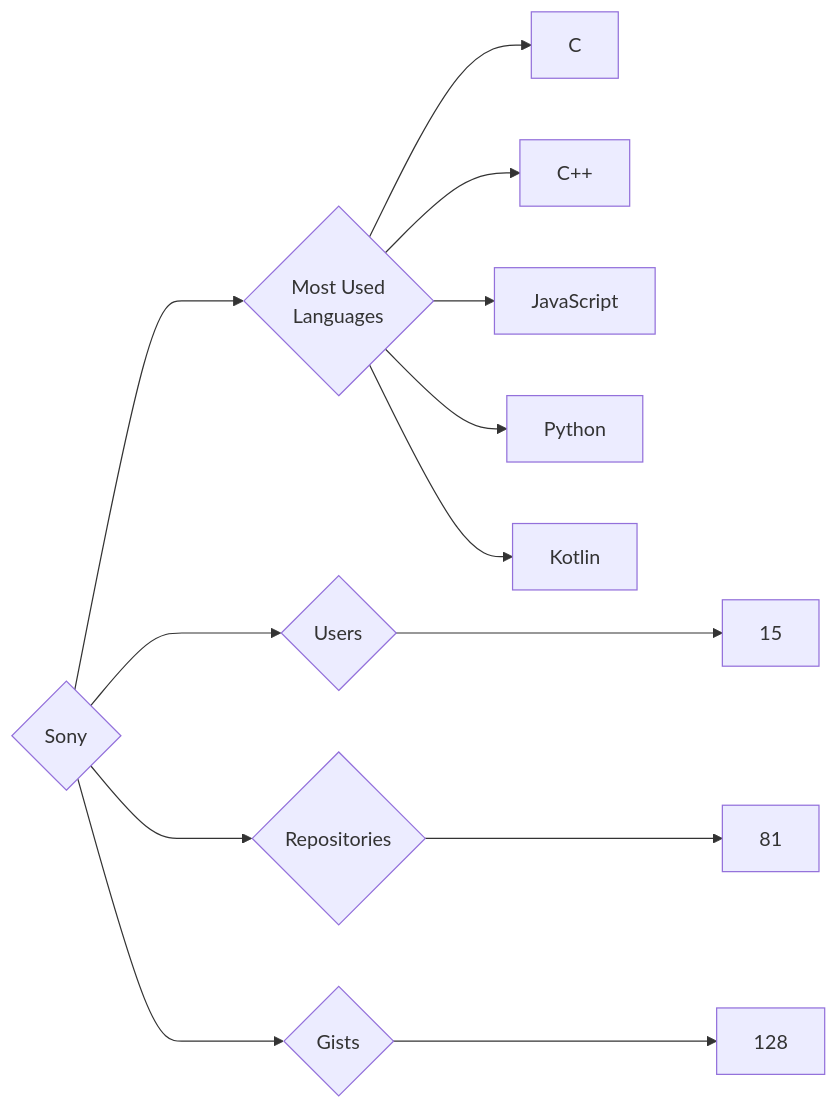
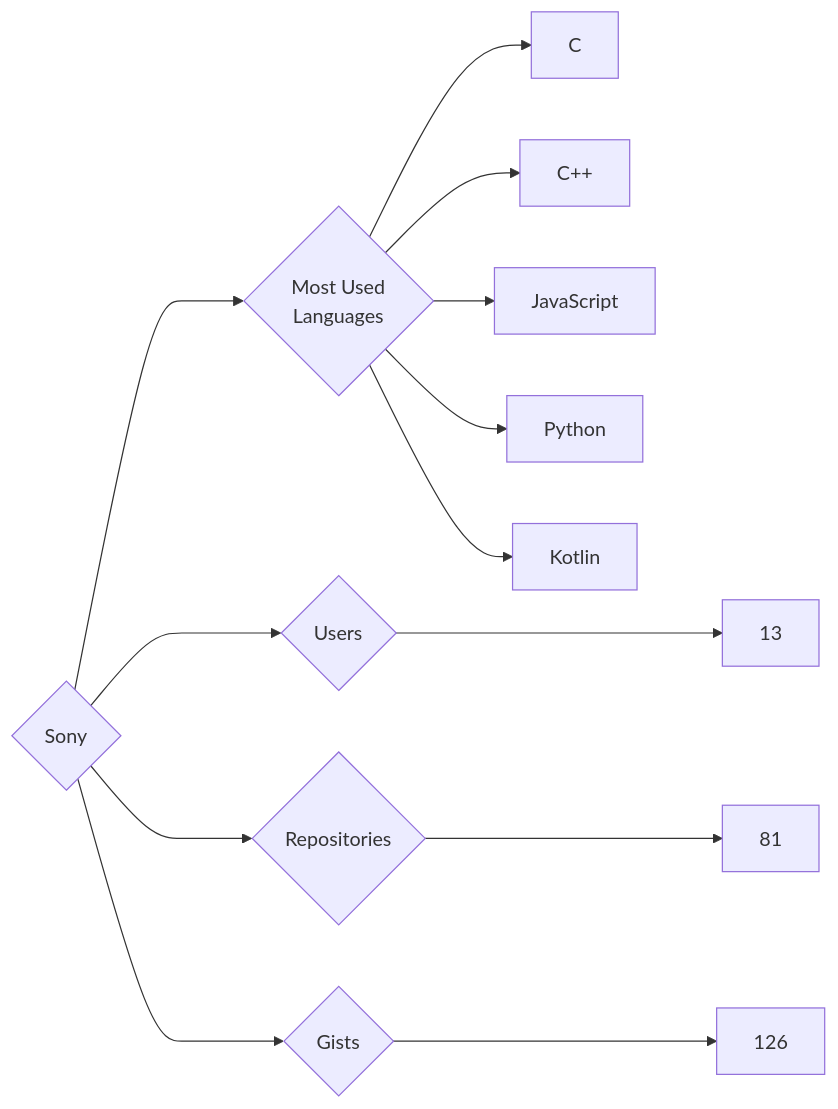
One commit to trickest/insiders changed the diagram in targets/Sony/README.md. Above: the diagram before and after it, drawn with Mermaid. The commit also changed 794 other files, not shown here.

````diff
--- a/targets/Sony/README.md
+++ b/targets/Sony/README.md
@@ -3,13 +3,13 @@
 ```mermaid
 graph LR
 COMPANY_NAME{Sony}
-COMPANY_NAME ---> U{Users} ---> UN[15]
+COMPANY_NAME ---> U{Users} ---> UN[13]
 COMPANY_NAME ---> R{Repositories} ---> RN[81]
-COMPANY_NAME ---> G{Gists} ---> GN[128]
+COMPANY_NAME ---> G{Gists} ---> GN[126]
 COMPANY_NAME ---> ML{Most Used<br>Languages}
 ML --> C[C]
 ML --> C++[C++]
 ML --> JavaScript[JavaScript]
 ML --> Python[Python]
 ML --> Kotlin[Kotlin]
 ```
````
